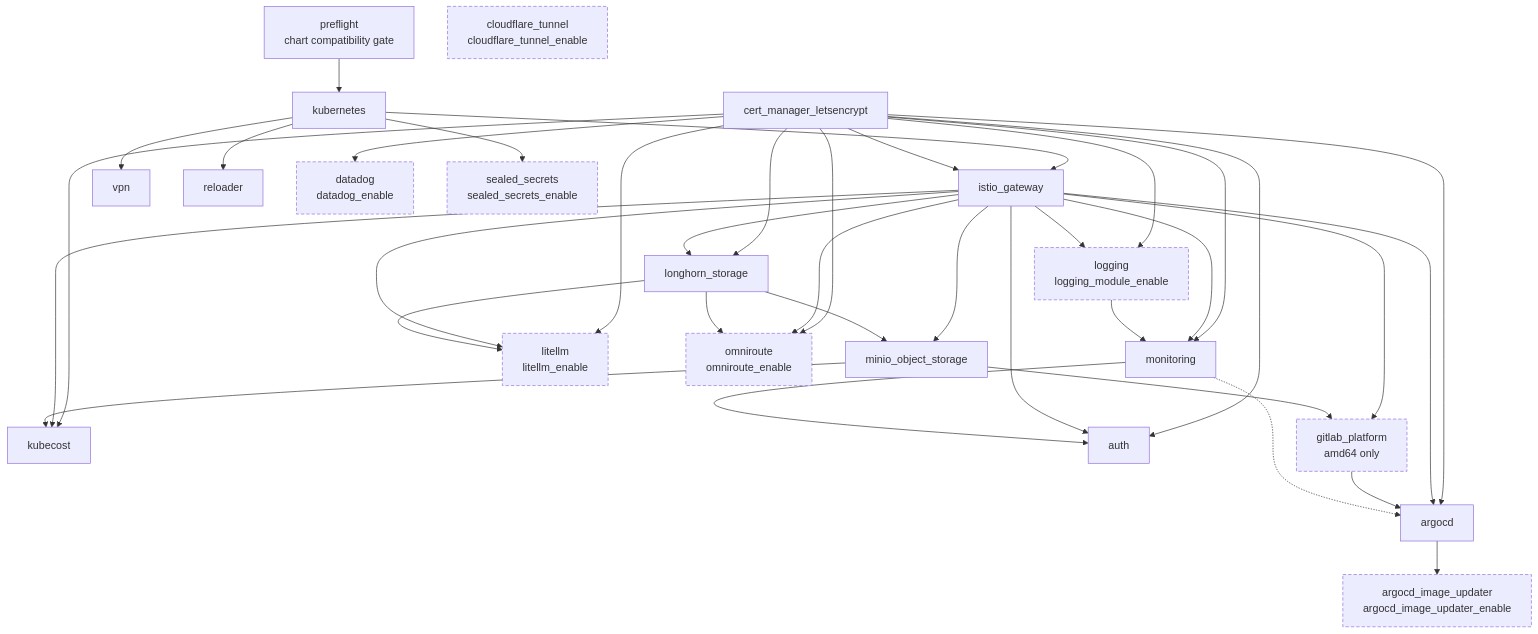
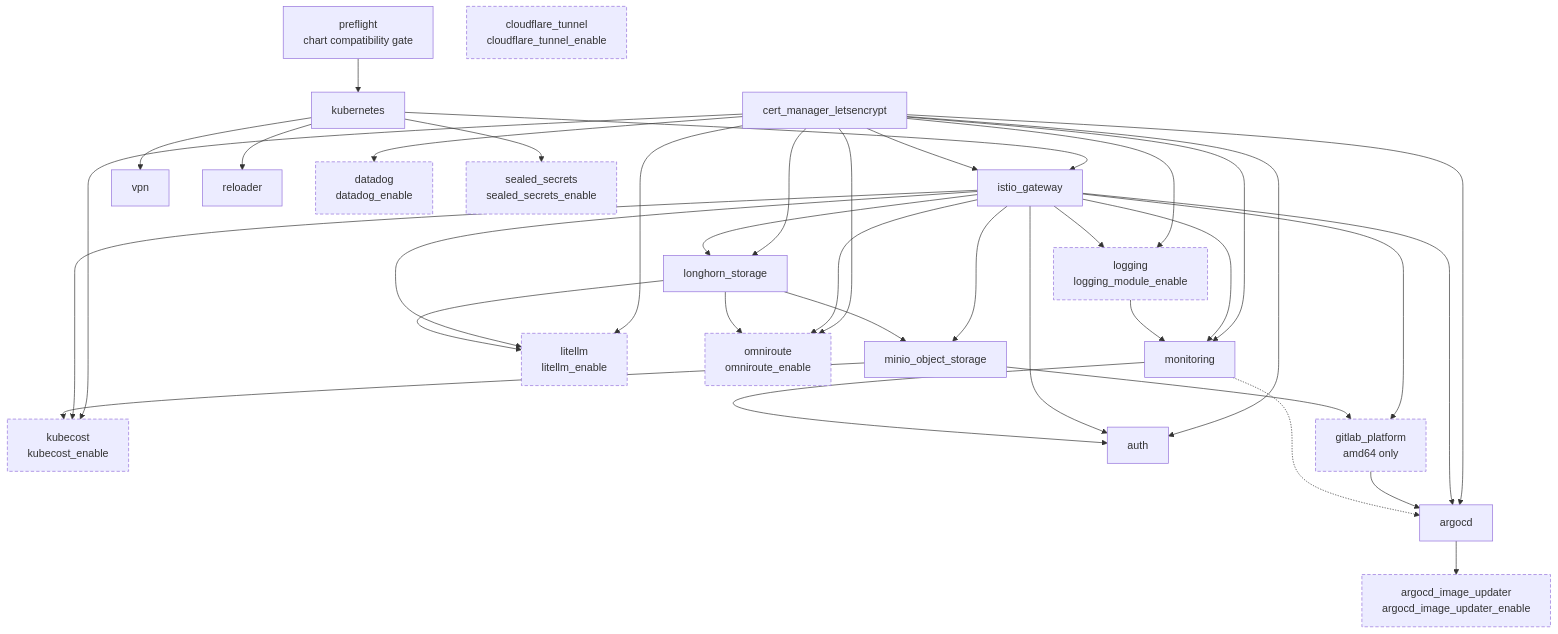
Before and after one commit to chrisleekr/homelab-infrastructure: the diagram in docs/stage2/dependency-graph.md, drawn with Mermaid. The commit also changed 42 other files, not shown here.

````diff
--- a/docs/stage2/dependency-graph.md
+++ b/docs/stage2/dependency-graph.md
@@ -9,61 +9,61 @@
 ```mermaid
 flowchart TD
     preflight["preflight<br/>chart compatibility gate"]
     kubernetes["kubernetes"]
     istiogw["istio_gateway"]
     certmanager["cert_manager_letsencrypt"]
     longhorn["longhorn_storage"]
     minio["minio_object_storage"]
     monitoring["monitoring"]
-    kubecost["kubecost"]
+    kubecost["kubecost<br/>kubecost_enable"]:::optional
     auth["auth"]
     argocd["argocd"]
     vpn["vpn"]
     reloader["reloader"]
     gitlab["gitlab_platform<br/>amd64 only"]:::optional
     logging["logging<br/>logging_module_enable"]:::optional
     cloudflare["cloudflare_tunnel<br/>cloudflare_tunnel_enable"]:::optional
     updater["argocd_image_updater<br/>argocd_image_updater_enable"]:::optional
     datadog["datadog<br/>datadog_enable"]:::optional
     sealed["sealed_secrets<br/>sealed_secrets_enable"]:::optional
     litellm["litellm<br/>litellm_enable"]:::optional
     omniroute["omniroute<br/>omniroute_enable"]:::optional
 
     preflight --> kubernetes
     kubernetes --> istiogw
     kubernetes --> vpn
     kubernetes --> reloader
     kubernetes --> sealed
     certmanager --> istiogw
     certmanager --> longhorn
     certmanager --> logging
     certmanager --> monitoring
     certmanager --> kubecost
     certmanager --> datadog
     certmanager --> auth
     certmanager --> litellm
     certmanager --> omniroute
     certmanager --> argocd
     istiogw --> auth
     istiogw --> longhorn
     istiogw --> minio
     istiogw --> monitoring
     istiogw --> kubecost
     istiogw --> gitlab
     istiogw --> argocd
     istiogw --> logging
     istiogw --> litellm
     istiogw --> omniroute
     longhorn --> minio
     longhorn --> litellm
     longhorn --> omniroute
     minio --> gitlab
     minio --> kubecost
     logging --> monitoring
     monitoring --> auth
     gitlab --> argocd
     monitoring -.-> argocd
     argocd --> updater
 
     classDef optional stroke-dasharray:5 3
 ```
````
